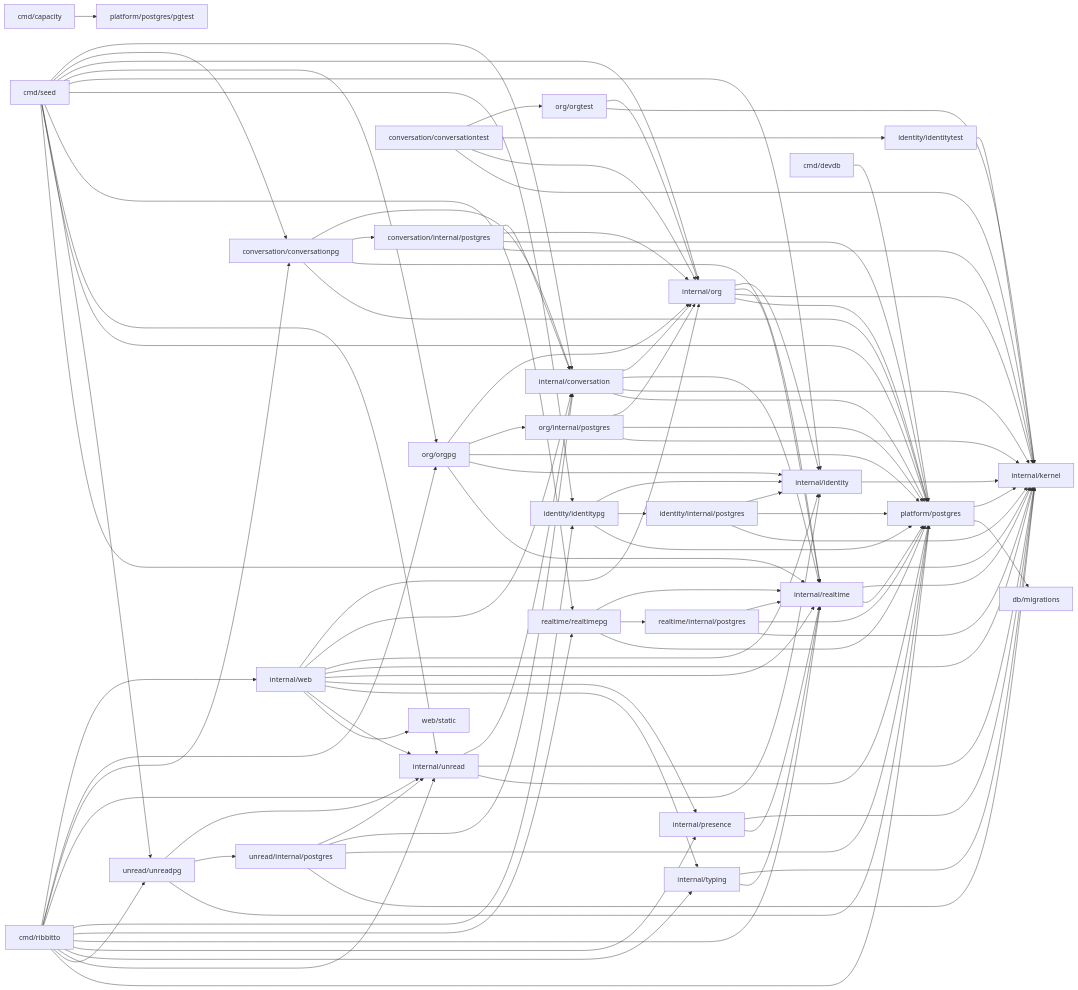
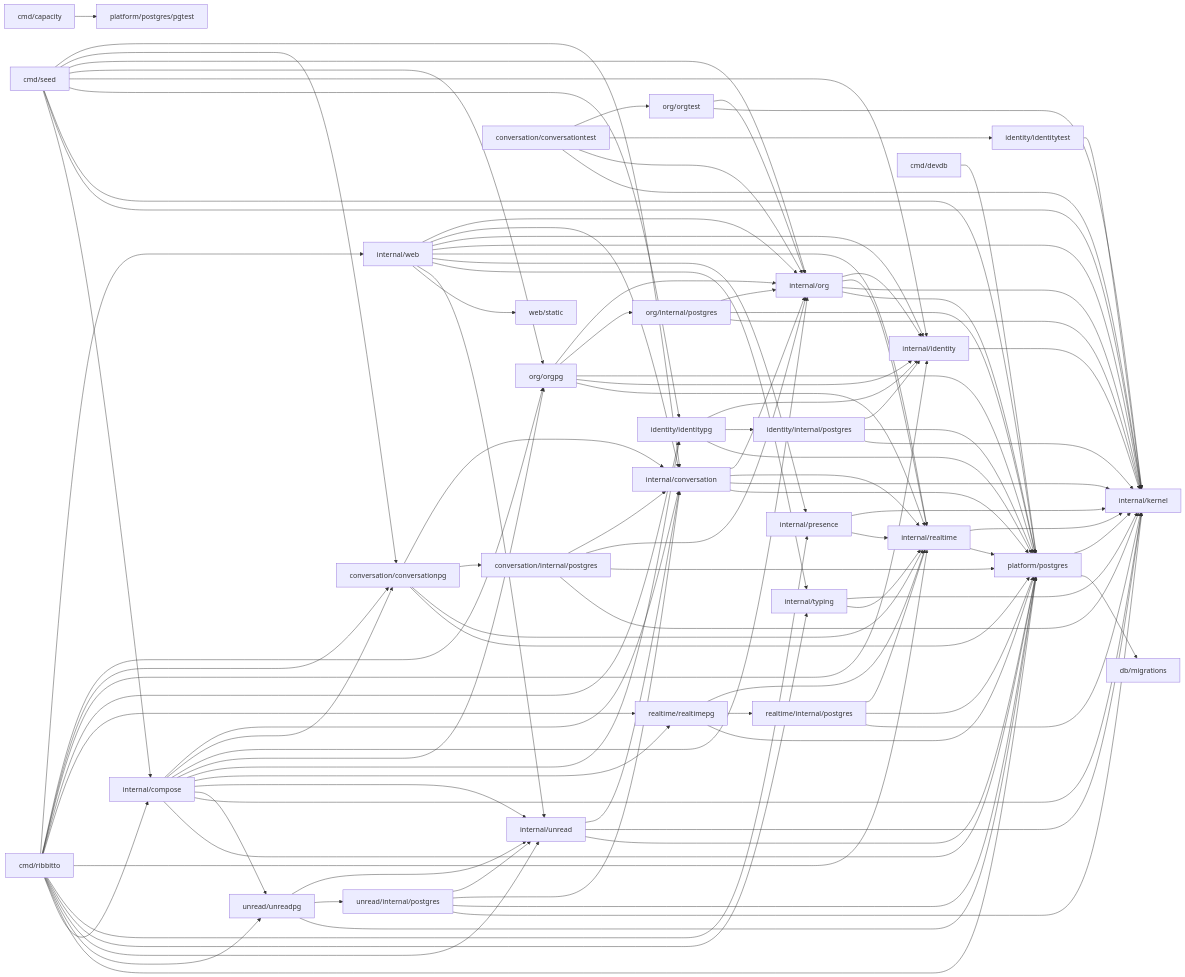
Before and after one commit to tkakkie/ribbitto: the diagram in docs/architecture/packages.md, drawn with Mermaid. The commit also changed other lines of this file and 49 other files, not shown here.

First line of the commit message:
refactor: share cross-module adapters through internal/compose (part 1) (#1375)

````diff
--- a/docs/architecture/packages.md
+++ b/docs/architecture/packages.md
@@ -64,29 +63,31 @@
 ```mermaid
 flowchart LR
   cmd[cmd/ribbitto] --> web & orgpg[org/orgpg] & conversationpg[conversation/conversationpg] & identity & identitypg[identity/identitypg] & realtimepg & realtime & presence & typing & unread & unreadpg & platform[platform/postgres]
-  seed[cmd/seed] --> conversation & conversationpg & org & orgpg & identity & identitypg & realtimepg & unread & unreadpg & platform & kernel
+  seed[cmd/seed] --> conversation & conversationpg & org & orgpg & identity & identitypg & platform & kernel
+  cmd & seed --> compose[internal/compose]
+  compose --> conversation & conversationpg & org & orgpg & identitypg & realtimepg & unread & unreadpg & kernel & platform
   devdb[cmd/devdb] --> platform
   capacity[cmd/capacity] --> pgtest[platform/postgres/pgtest]
   web[internal/web] --> org & conversation & identity & kernel & realtime & presence & typing & unread & static[web/static]
   conversationpg --> conversation[internal/conversation] & cstore[conversation/internal/postgres] & realtime & platform
   conversation --> org & realtime & kernel & platform
   cstore --> conversation & org & platform & kernel
   conversationtest[conversation/conversationtest] --> orgtest[org/orgtest] & identitytest[identity/identitytest] & org & kernel
   orgtest --> org & kernel
   identitytest --> kernel
   realtime[internal/realtime] --> kernel & platform
   realtimepg[realtime/realtimepg] --> realtime & rstore[realtime/internal/postgres] & platform
   rstore --> realtime & platform & kernel
   org[internal/org] --> identity & realtime & kernel & platform
   orgpg --> org & ostore[org/internal/postgres] & platform & identity & realtime
   ostore --> org & platform & kernel
   identity[internal/identity] --> kernel
   identitypg --> identity & store[identity/internal/postgres] & platform
   store --> identity & platform & kernel
   presence[internal/presence] --> kernel & realtime
   typing[internal/typing] --> kernel & realtime
   unread[internal/unread] --> conversation & kernel & platform
   unreadpg[unread/unreadpg] --> unread & ustore[unread/internal/postgres] & platform
   ustore --> unread & conversation & platform & kernel
   platform --> kernel[internal/kernel] & migrations[db/migrations]
 ```
````
